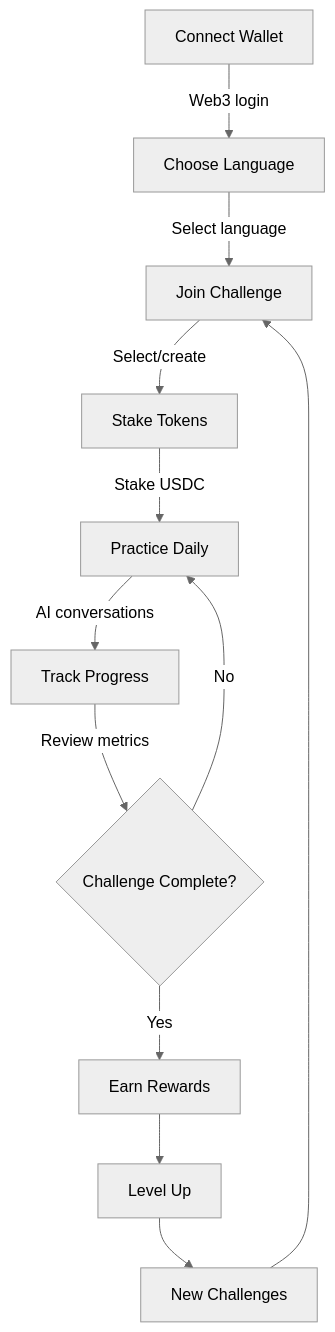
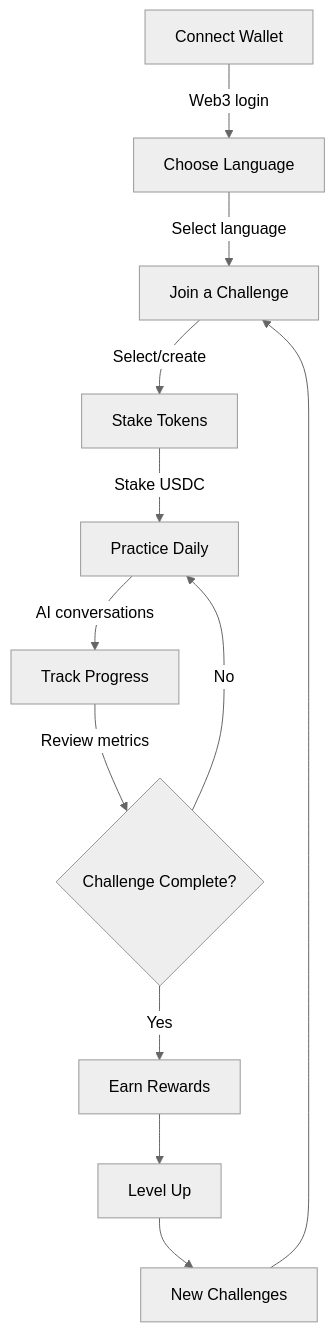
One commit to tushar-agarwal7/HackIndia-Spark-5-2025-ShinoDevs changed the second of 4 diagrams in README.md. Above: the diagram before and after it, drawn with Mermaid (neutral theme). The commit also changed other lines of this file and 7 other files, not shown here.

````diff
--- a/README.md
+++ b/README.md
@@ -53,14 +54,14 @@
 ```mermaid
     flowchart TD
     A[Connect Wallet] -->|Web3 login| B[Choose Language]
-    B -->|Select language| C[Join Challenge]
+    B -->|Select language| C[Join a Challenge]
     C -->|Select/create| D[Stake Tokens]
     D -->|Stake USDC| E[Practice Daily]
     E -->|AI conversations| F[Track Progress]
     F -->|Review metrics| G{Challenge Complete?}
     G -->|Yes| H[Earn Rewards]
     H --> I[Level Up]
     I --> J[New Challenges]
     J --> C
     G -->|No| E
 ```
````
